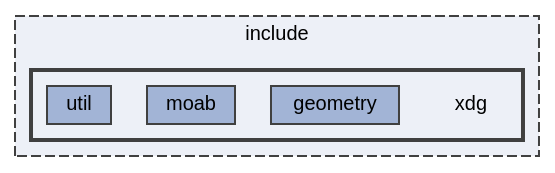
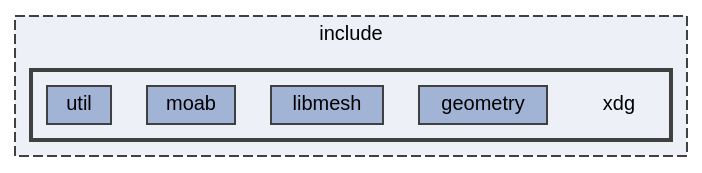
The diagram in dir_a61f77a295c6c4f25093e70f8496116a_dep.dot (xdg-org/xdg), drawn with Graphviz before and after one commit. The commit also changed 64 other files, not shown here.

```diff
--- a/dir_a61f77a295c6c4f25093e70f8496116a_dep.dot
+++ b/dir_a61f77a295c6c4f25093e70f8496116a_dep.dot
@@ -1,18 +1,19 @@
 digraph "/home/runner/work/xdg/xdg/include/xdg"
 {
  // LATEX_PDF_SIZE
   bgcolor="transparent";
   edge [fontname=Helvetica,fontsize=10,labelfontname=Helvetica,labelfontsize=10];
   node [fontname=Helvetica,fontsize=10,shape=box,height=0.2,width=0.4];
   compound=true
   subgraph clusterdir_d44c64559bbebec7f509842c48db8b23 {
     graph [ bgcolor="#edf0f7", pencolor="grey25", label="include", fontname=Helvetica,fontsize=10 style="filled,dashed", URL="dir_d44c64559bbebec7f509842c48db8b23.html",tooltip=""]
   subgraph clusterdir_a61f77a295c6c4f25093e70f8496116a {
     graph [ bgcolor="#edf0f7", pencolor="grey25", label="", fontname=Helvetica,fontsize=10 style="filled,bold", URL="dir_a61f77a295c6c4f25093e70f8496116a.html",tooltip=""]
     dir_a61f77a295c6c4f25093e70f8496116a [shape=plaintext, label="xdg"];
   dir_d0797d6a65c20100356525fc25b828f9 [label="geometry", fillcolor="#a2b4d6", color="grey25", style="filled", URL="dir_d0797d6a65c20100356525fc25b828f9.html",tooltip=""];
+  dir_2513797b164e1f7a7740b461ec5c1deb [label="libmesh", fillcolor="#a2b4d6", color="grey25", style="filled", URL="dir_2513797b164e1f7a7740b461ec5c1deb.html",tooltip=""];
   dir_bd2fbeccc8704c28d0a7b3705441d058 [label="moab", fillcolor="#a2b4d6", color="grey25", style="filled", URL="dir_bd2fbeccc8704c28d0a7b3705441d058.html",tooltip=""];
   dir_117e9415e31ef3e4f9e85da7f62d2105 [label="util", fillcolor="#a2b4d6", color="grey25", style="filled", URL="dir_117e9415e31ef3e4f9e85da7f62d2105.html",tooltip=""];
   }
   }
 }
```
